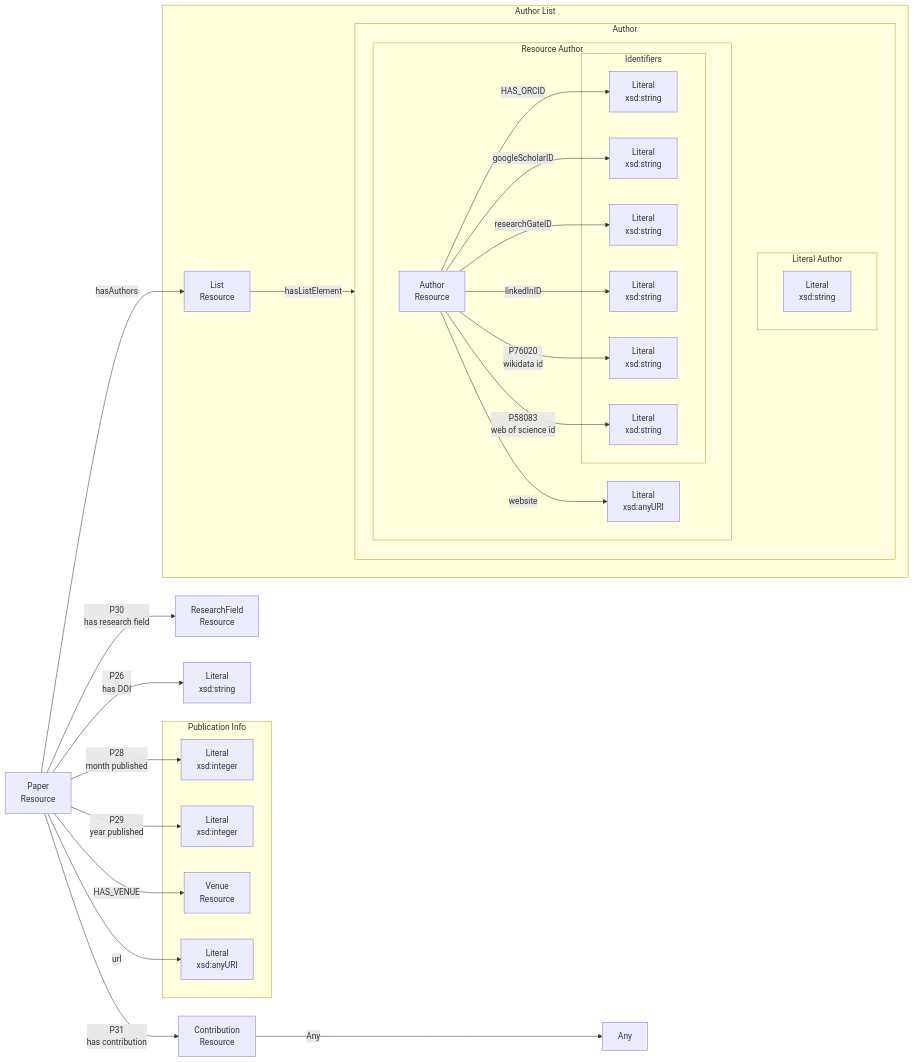
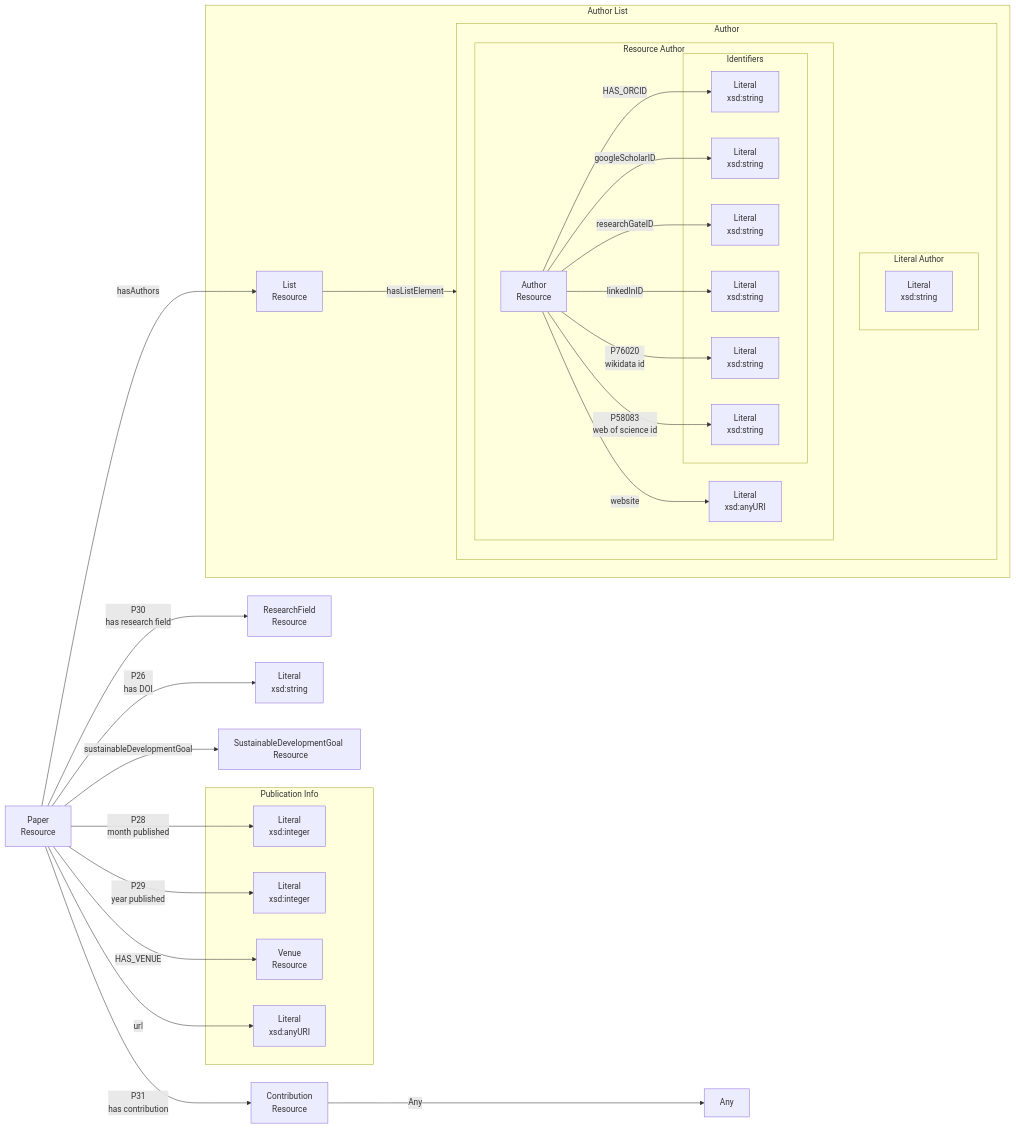
One commit to TIBHannover/orkg-backend changed the diagram in docs/modules/ROOT/pages/reference/model/paper.adoc. Above: the diagram before and after it, drawn with Mermaid. The commit also changed 3 other files, not shown here.

```diff
--- a/docs/modules/ROOT/pages/reference/model/paper.adoc
+++ b/docs/modules/ROOT/pages/reference/model/paper.adoc
@@ -3,44 +3,45 @@
 [mermaid,width=100%]
 ----
 flowchart LR
-    Paper[Paper \n Resource] --> |"P30 \n has research field"| researchField[ResearchField \n Resource]
-    Paper --> |"P26 \n has DOI"| doi[Literal \n xsd:string]
-    subgraph Publication Info
-        monthPublished
-        yearPublished
-        publishedIn
-        url
-    end
-    Paper --> |"P28 \n month published"| monthPublished[Literal \n xsd:integer]
-    Paper --> |"P29 \n year published"| yearPublished[Literal \n xsd:integer]
-    Paper --> |"HAS_VENUE"| publishedIn[Venue \n Resource]
-    Paper --> |"url"| url[Literal \n xsd:anyURI]
-    Paper --> |"hasAuthors"| authorList[List \n Resource]
-    subgraph Author List
-        authorList --> |"hasListElement"| Author
+	Paper[Paper \n Resource] --> |"P30 \n has research field"| researchField[ResearchField \n Resource]
+	Paper --> |"P26 \n has DOI"| doi[Literal \n xsd:string]
+	subgraph Publication Info
+		monthPublished
+		yearPublished
+		publishedIn
+		url
+	end
+	Paper --> |"P28 \n month published"| monthPublished[Literal \n xsd:integer]
+	Paper --> |"P29 \n year published"| yearPublished[Literal \n xsd:integer]
+	Paper --> |"HAS_VENUE"| publishedIn[Venue \n Resource]
+	Paper --> |"url"| url[Literal \n xsd:anyURI]
+	Paper --> |"hasAuthors"| authorList[List \n Resource]
+	subgraph Author List
+		authorList --> |"hasListElement"| Author
 		subgraph Author
 			subgraph Literal Author
 				literalAuthor[Literal \n xsd:string]
 			end
 			subgraph Resource Author
 				resourceAuthor[Author \n Resource] --> |"website"| resourceAuthorWebsite[Literal \n xsd:anyURI]
 				resourceAuthor --> |"HAS_ORCID"| orcid[Literal \n xsd:string]
 				resourceAuthor --> |"googleScholarID"| googleScholarID[Literal \n xsd:string]
 				resourceAuthor --> |"researchGateID"| researchGateID[Literal \n xsd:string]
 				resourceAuthor --> |"linkedInID"| linkedInID[Literal \n xsd:string]
 				resourceAuthor --> |"P76020 \n wikidata id"| wikidataId[Literal \n xsd:string]
 				resourceAuthor --> |"P58083 \n web of science id"| webOfScienceId[Literal \n xsd:string]
 				subgraph Identifiers
 					orcid
 					googleScholarID
 					researchGateID
 					linkedInID
 					wikidataId
 					webOfScienceId
 				end
 			end
 		end
-    end
-    Paper --> |"P31 \n has contribution"| Contribution
-    Contribution[Contribution \n Resource] --> |"Any"| Any
+	end
+	Paper --> |"P31 \n has contribution"| Contribution
+	Contribution[Contribution \n Resource] --> |"Any"| Any
+	Paper --> |"sustainableDevelopmentGoal"| sdg[SustainableDevelopmentGoal \n Resource]
 ----
```
